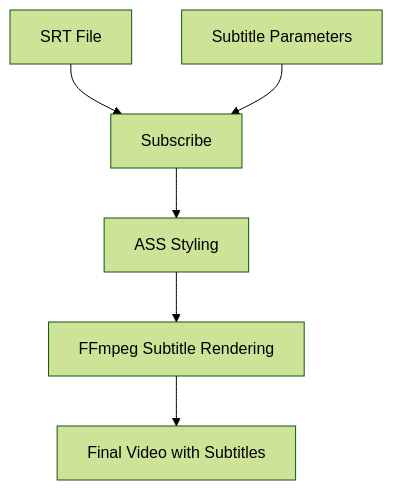
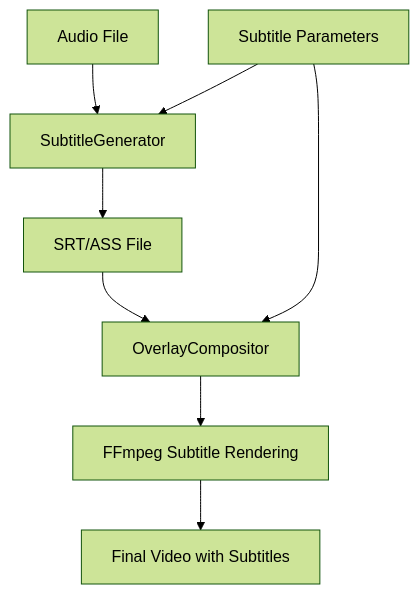
One commit to aproxis/VideoCutter changed the fourth of 4 diagrams in memory-bank/systemPatterns.md. Above: the diagram before and after it, drawn with Mermaid (forest theme). The commit also changed other lines of this file and 6 other files, not shown here.

````diff
--- a/memory-bank/systemPatterns.md
+++ b/memory-bank/systemPatterns.md
@@ -188,8 +214,10 @@
 ```mermaid
 graph TD
-    SRT[SRT File] --> Subscribe
-    SubtitleParams[Subtitle Parameters] --> Subscribe
-    Subscribe --> ASS[ASS Styling]
-    ASS --> FFmpegRender[FFmpeg Subtitle Rendering]
+    AudioFile[Audio File] --> SubtitleGenerator
+    SubtitleGenerator --> SubtitleFile[SRT/ASS File]
+    SubtitleFile --> OverlayCompositor
+    SubtitleParams[Subtitle Parameters] --> SubtitleGenerator
+    SubtitleParams --> OverlayCompositor
+    OverlayCompositor --> FFmpegRender[FFmpeg Subtitle Rendering]
     FFmpegRender --> FinalVideo[Final Video with Subtitles]
 ```
````
